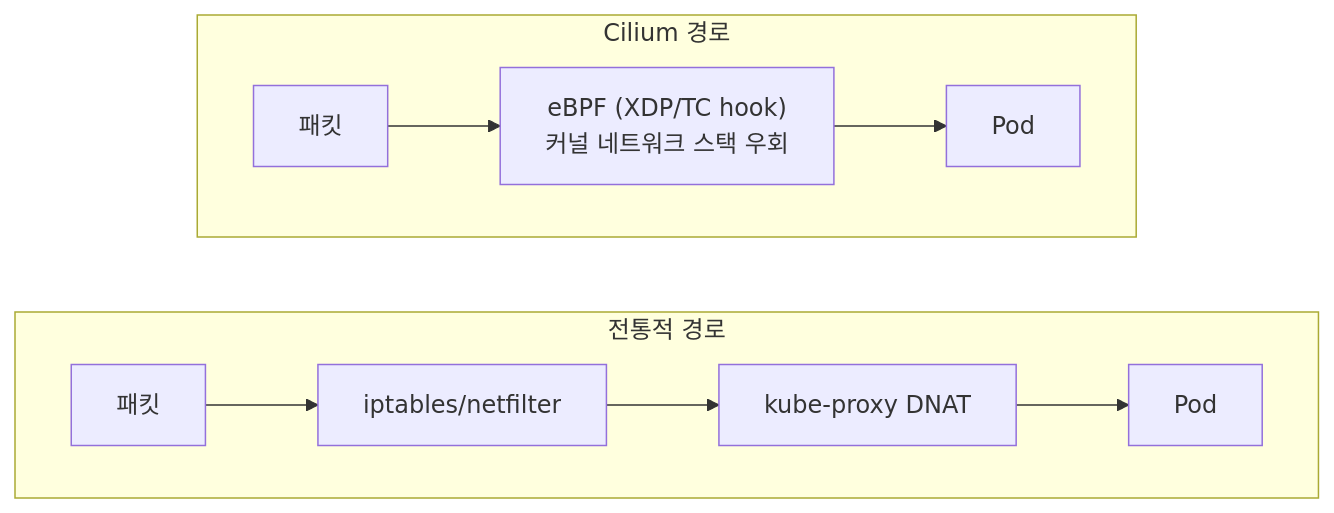
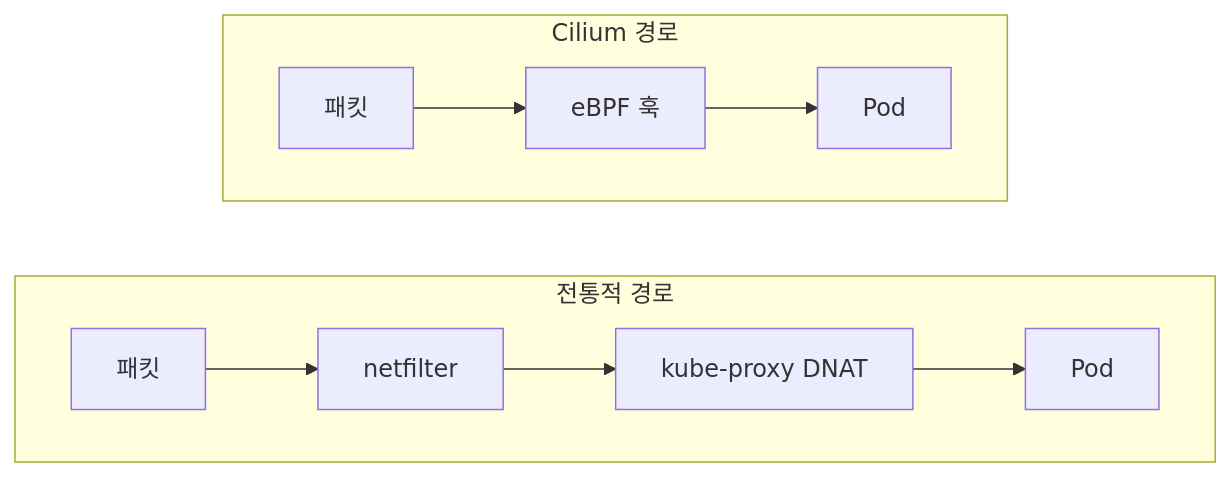
The sixth of 6 diagrams in content/linux/network-basics/firewall.md (moonblueblue/devops-wiki), drawn with Mermaid before and after one commit. The commit also changed other lines of this file and 37 other files, not shown here.

First line of the commit message:
style: linux 카테고리 ASCII 도표·Mermaid 라벨 형식 교정

````diff
--- a/content/linux/network-basics/firewall.md
+++ b/content/linux/network-basics/firewall.md
@@ -629,11 +651,11 @@
 ```mermaid
 graph LR
     subgraph trad["전통적 경로"]
         direction LR
-        PKT1["패킷"] --> IPT2["iptables/netfilter"] --> DNAT["kube-proxy DNAT"] --> POD1["Pod"]
+        PKT1["패킷"] --> IPT2["netfilter"] --> DNAT["kube-proxy DNAT"] --> POD1["Pod"]
     end
     subgraph cilium["Cilium 경로"]
         direction LR
-        PKT2["패킷"] --> EBPF["eBPF (XDP/TC hook)<br/>커널 네트워크 스택 우회"] --> POD2["Pod"]
+        PKT2["패킷"] --> EBPF["eBPF 훅"] --> POD2["Pod"]
     end
 ```
````
